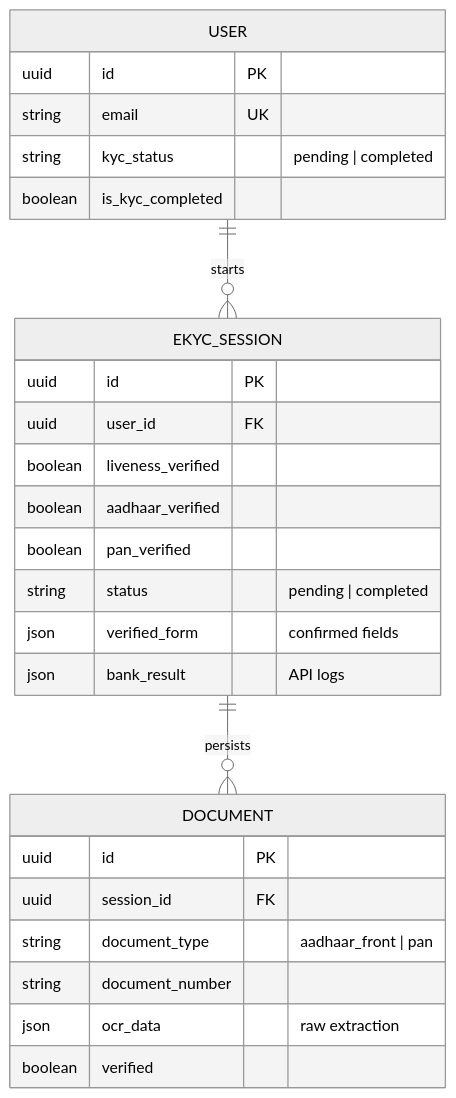
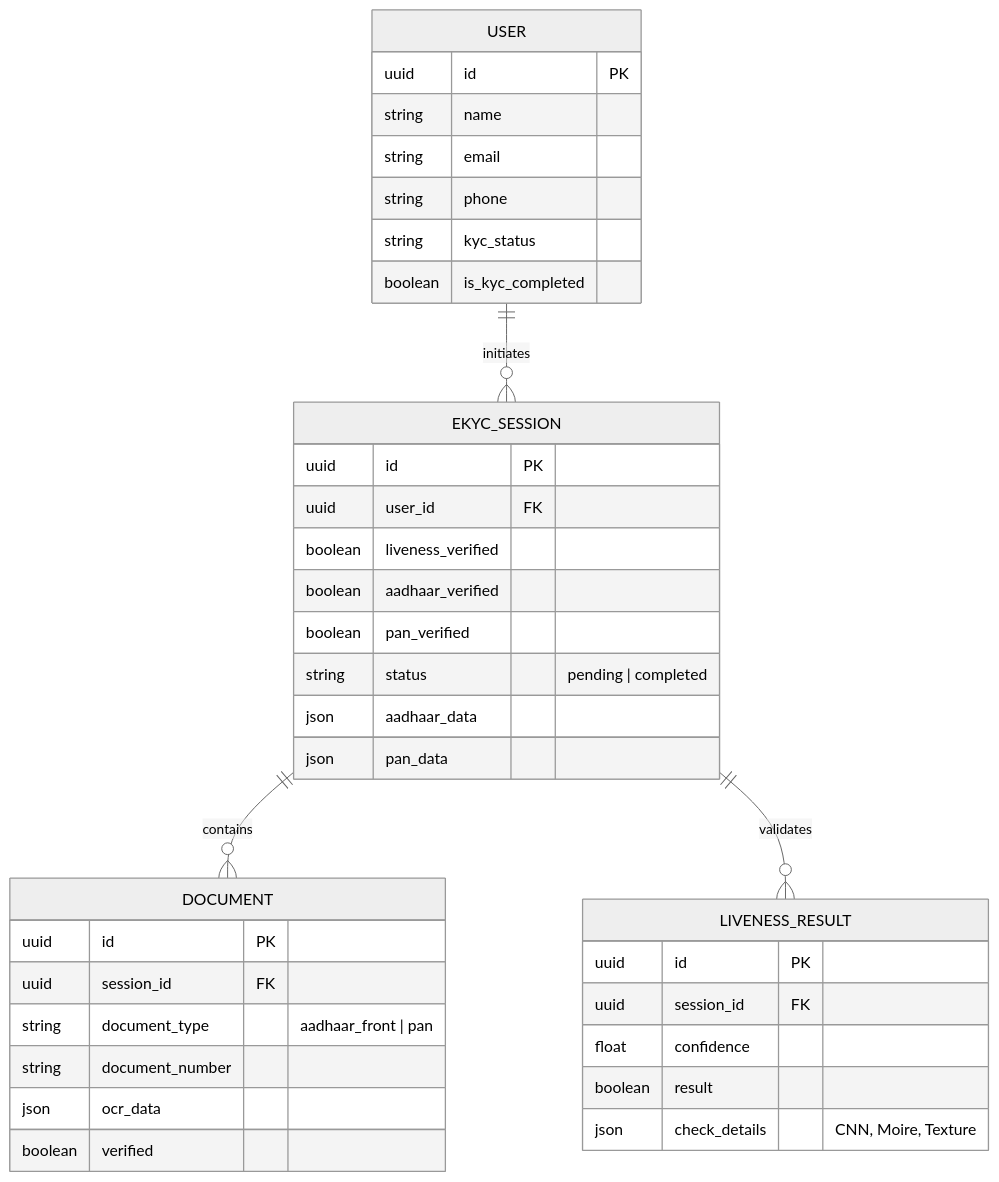
Before and after one commit to poorvakhatri04/js-hindi: the second of 2 diagrams in README.md, drawn with Mermaid (neutral theme).

Commit message:
Revise ER diagram and update entity definitions
Updated the ER diagram to reflect changes in relationships and added new fields for USER, EKYC_SESSION, and LIVENESS_RESULT entities.

````diff
--- a/README.md
+++ b/README.md
@@ -126,32 +126,43 @@
 ```mermaid
 erDiagram
-    USER ||--o{ EKYC_SESSION : "starts"
-    EKYC_SESSION ||--o{ DOCUMENT : "persists"
-    
+    USER ||--o{ EKYC_SESSION : "initiates"
+    EKYC_SESSION ||--o{ DOCUMENT : "contains"
+    EKYC_SESSION ||--o{ LIVENESS_RESULT : "validates"
+
     USER {
         uuid id PK
-        string email UK
-        string kyc_status "pending | completed"
+        string name
+        string email
+        string phone
+        string kyc_status
         boolean is_kyc_completed
     }
-    
+
     EKYC_SESSION {
         uuid id PK
         uuid user_id FK
         boolean liveness_verified
         boolean aadhaar_verified
         boolean pan_verified
         string status "pending | completed"
-        json verified_form "confirmed fields"
-        json bank_result "API logs"
+        json aadhaar_data
+        json pan_data
     }
-    
+
     DOCUMENT {
         uuid id PK
         uuid session_id FK
         string document_type "aadhaar_front | pan"
         string document_number
-        json ocr_data "raw extraction"
+        json ocr_data
         boolean verified
     }
+
+    LIVENESS_RESULT {
+        uuid id PK
+        uuid session_id FK
+        float confidence
+        boolean result
+        json check_details "CNN, Moire, Texture"
+    }
 ```
````
